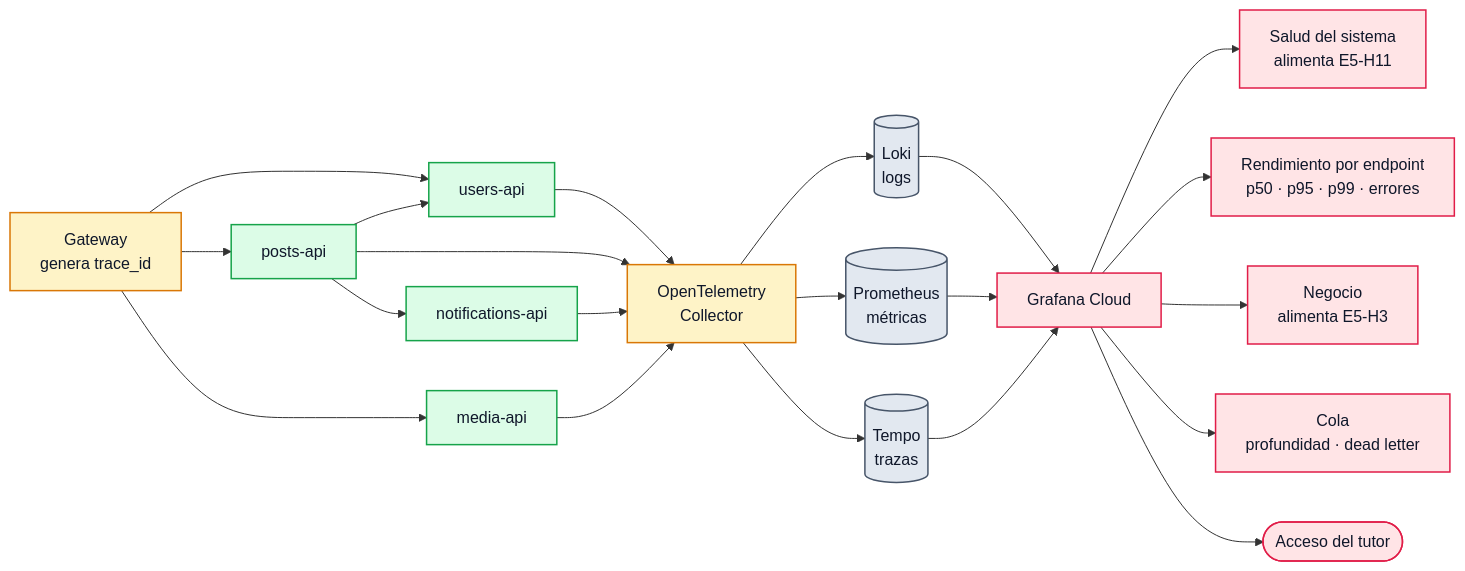
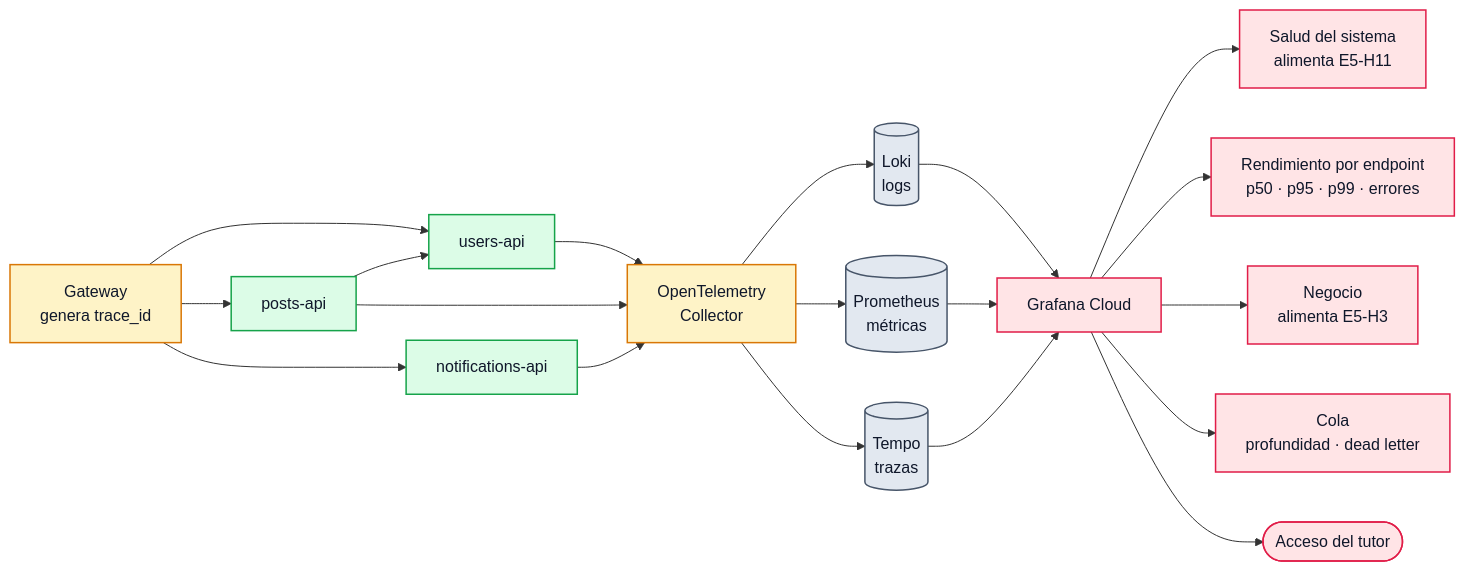
One commit to tds-g3-2s2026/udesa-x-platform changed the sixth of 7 diagrams in docs/ARQUITECTURA.md. Above: the diagram before and after it, drawn with Mermaid. The commit also changed other lines of this file and 19 other files, not shown here.

````diff
--- a/docs/ARQUITECTURA.md
+++ b/docs/ARQUITECTURA.md
@@ -634,43 +680,40 @@
 ```mermaid
 flowchart LR
     ING["Gateway<br/>genera trace_id"]
     S1["users-api"]
     S2["posts-api"]
     S3["notifications-api"]
-    S4["media-api"]
     COL["OpenTelemetry<br/>Collector"]
     LOKI[("Loki<br/>logs")]
     PROM[("Prometheus<br/>métricas")]
     TEMPO[("Tempo<br/>trazas")]
     GRAF["Grafana Cloud"]
 
     ING --> S1
     ING --> S2
+    ING --> S3
     S2 --> S1
-    S2 --> S3
-    ING --> S4
     S1 --> COL
     S2 --> COL
     S3 --> COL
-    S4 --> COL
     COL --> LOKI
     COL --> PROM
     COL --> TEMPO
     LOKI --> GRAF
     PROM --> GRAF
     TEMPO --> GRAF
     GRAF --> D1["Salud del sistema<br/>alimenta E5-H11"]
     GRAF --> D2["Rendimiento por endpoint<br/>p50 · p95 · p99 · errores"]
     GRAF --> D3["Negocio<br/>alimenta E5-H3"]
     GRAF --> D4["Cola<br/>profundidad · dead letter"]
     GRAF --> TUT(["Acceso del tutor"])
 
     classDef svc fill:#dcfce7,stroke:#16a34a,stroke-width:1.5px,color:#0f172a
     classDef borde fill:#fef3c7,stroke:#d97706,stroke-width:1.5px,color:#0f172a
     classDef store fill:#e2e8f0,stroke:#475569,stroke-width:1.5px,color:#0f172a
     classDef externo fill:#ffe4e6,stroke:#e11d48,stroke-width:1.5px,color:#0f172a
-    class S1,S2,S3,S4 svc
+    class S1,S2,S3 svc
     class ING,COL borde
     class LOKI,PROM,TEMPO store
     class GRAF,D1,D2,D3,D4,TUT externo
 ```
````
